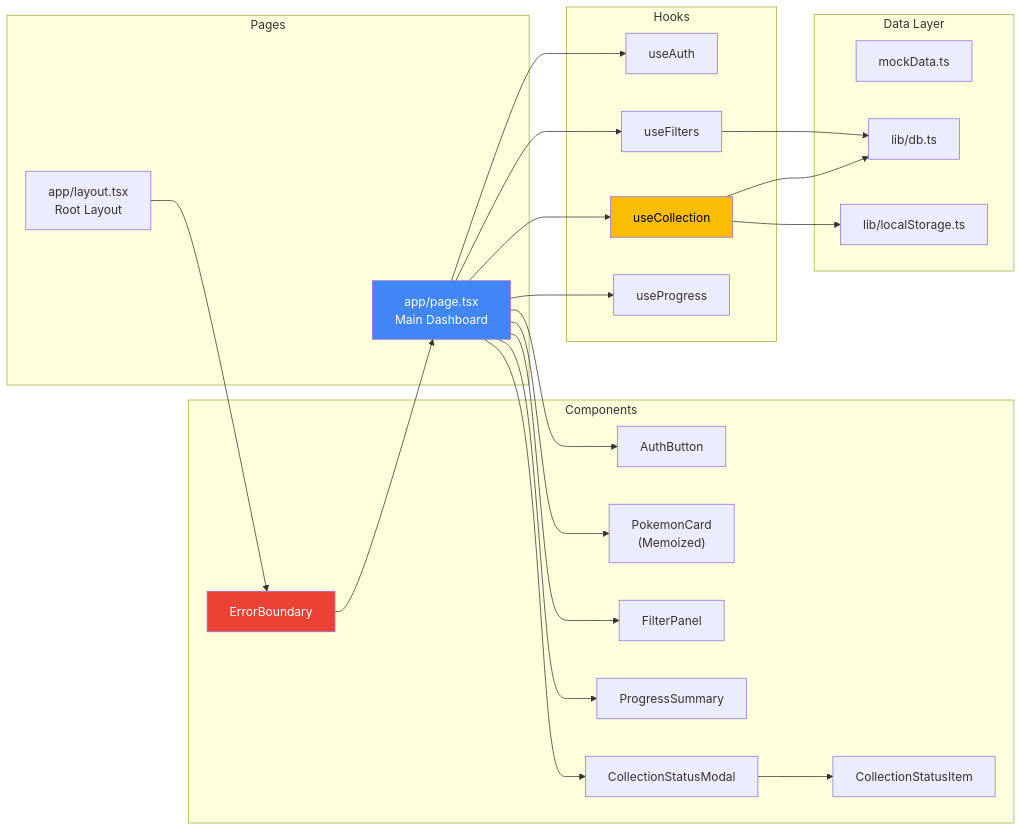
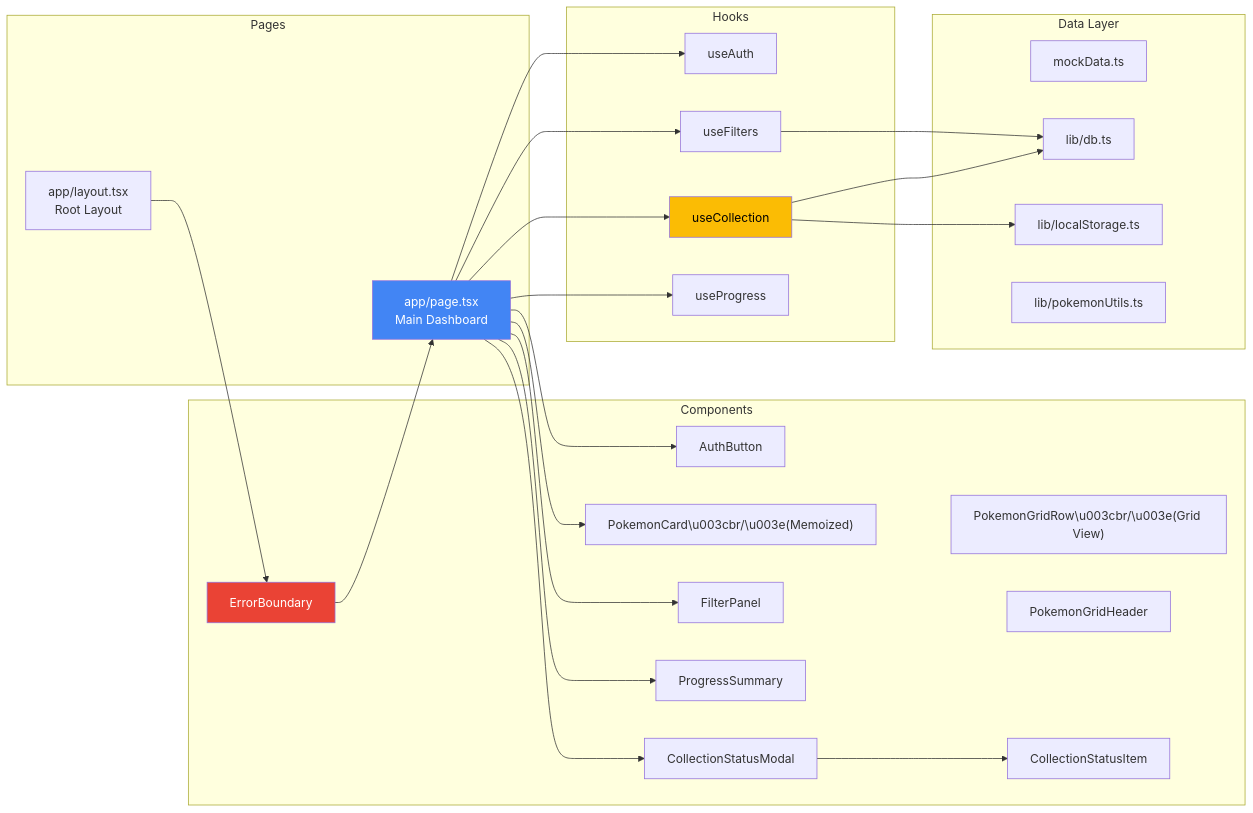
Before and after one commit to Kujo-n/pokesleepfaces: the second of 12 diagrams in docs/3_architecture.md, drawn with Mermaid. The commit also changed other lines of this file and 9 other files, not shown here.

````diff
--- a/docs/3_architecture.md
+++ b/docs/3_architecture.md
@@ -40,53 +40,56 @@
  ```mermaid
  graph LR
      subgraph "Pages"
          Page[app/page.tsx<br/>Main Dashboard]
          Layout[app/layout.tsx<br/>Root Layout]
      end
      
      subgraph "Components"
          AuthBtn[AuthButton]
-         PokemonCard["PokemonCard<br/>(Memoized)"]
+         PokemonCard["PokemonCard\u003cbr/\u003e(Memoized)"]
+         PokemonGridRow["PokemonGridRow\u003cbr/\u003e(Grid View)"]
+         PokemonGridHeader[PokemonGridHeader]
          FilterPanel[FilterPanel]
          ProgressSummary[ProgressSummary]
          StatusModal[CollectionStatusModal]
          StatusItem[CollectionStatusItem]
          ErrorBoundary[ErrorBoundary]
      end
      
      subgraph "Hooks"
          useAuth[useAuth]
          useCollection[useCollection]
          useFilters[useFilters]
          useProgress[useProgress]
      end
      
      subgraph "Data Layer"
          MockData[mockData.ts]
          DB[lib/db.ts]
          LocalStore[lib/localStorage.ts]
+         PokemonUtils[lib/pokemonUtils.ts]
      end
      
      Layout --> ErrorBoundary
      ErrorBoundary --> Page
      
      Page --> useAuth
      Page --> useCollection
      Page --> useFilters
      Page --> useProgress
      
      Page --> AuthBtn
      Page --> PokemonCard
      Page --> FilterPanel
      Page --> ProgressSummary
      Page --> StatusModal
      StatusModal --> StatusItem
      
      useCollection --> DB
      useCollection --> LocalStore
      useFilters --> DB
      
      style Page fill:#4285f4,color:#fff
      style ErrorBoundary fill:#ea4335,color:#fff
      style useCollection fill:#fbbc04,color:#000
  ```
````
